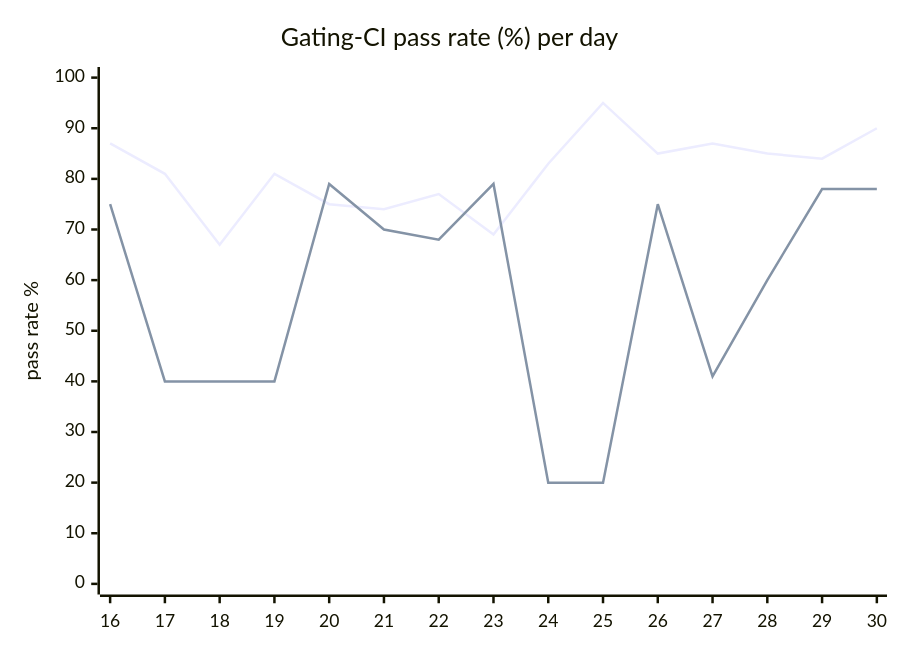
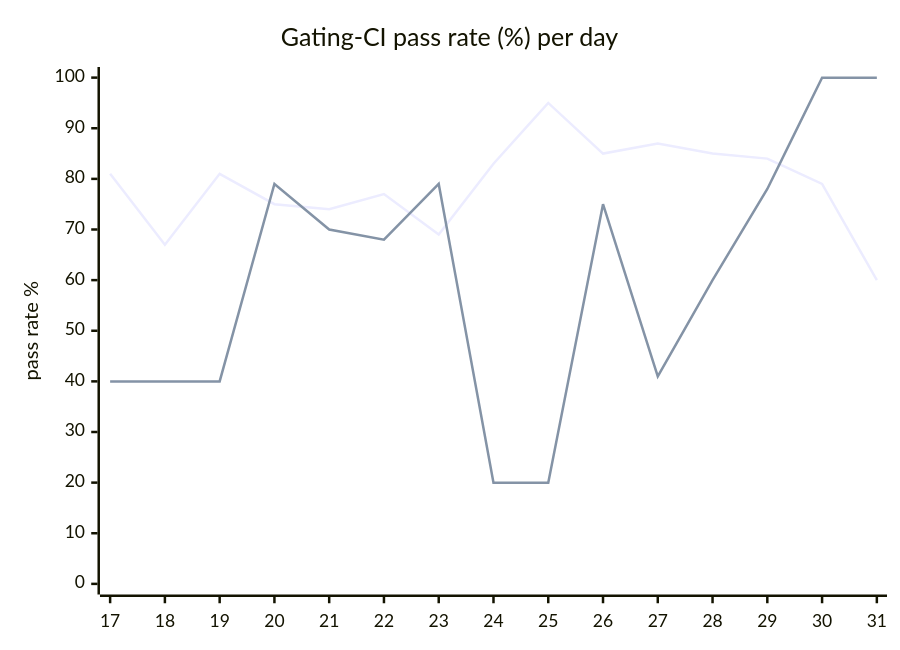
Before and after one commit to hatchet-dev/hatchet: the diagram in hack/ci/ci-dashboard/staging/issue.md, drawn with Mermaid. The commit also changed other lines of this file, not shown here.

````diff
--- a/hack/ci/ci-dashboard/staging/issue.md
+++ b/hack/ci/ci-dashboard/staging/issue.md
@@ -9,8 +9,8 @@
 ```mermaid
 xychart-beta
   title "Gating-CI pass rate (%) per day"
-  x-axis [16, 17, 18, 19, 20, 21, 22, 23, 24, 25, 26, 27, 28, 29, 30]
+  x-axis [17, 18, 19, 20, 21, 22, 23, 24, 25, 26, 27, 28, 29, 30, 31]
   y-axis "pass rate %" 0 --> 100
-  line "CI" [87, 81, 67, 81, 75, 74, 77, 69, 83, 95, 85, 87, 85, 84, 90]
-  line "main" [75, 40, 40, 40, 79, 70, 68, 79, 20, 20, 75, 41, 60, 78, 78]
+  line "CI" [81, 67, 81, 75, 74, 77, 69, 83, 95, 85, 87, 85, 84, 79, 60]
+  line "main" [40, 40, 40, 79, 70, 68, 79, 20, 20, 75, 41, 60, 78, 100, 100]
 ```
````
